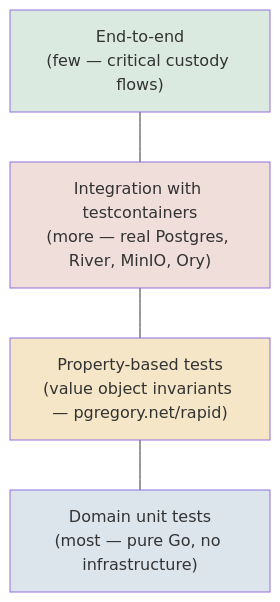
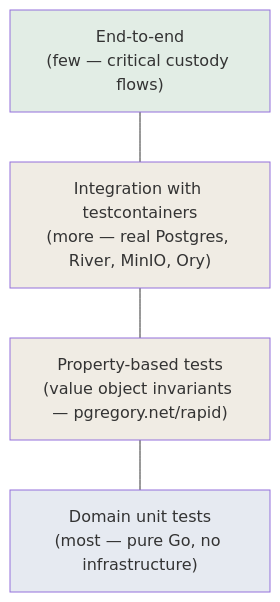
Diagram 11 of 17 in METHOD.md (nlawstudio/ai-refinement-method), drawn with Mermaid before and after one commit. The commit also changed other lines of this file and 4 other files, not shown here.

````diff
--- a/METHOD.md
+++ b/METHOD.md
@@ -667,16 +667,16 @@
 ```mermaid
 flowchart TB
     E2E["End-to-end<br/>(few — critical custody flows)"]
     INT["Integration with testcontainers<br/>(more — real Postgres, River, MinIO, Ory)"]
     PROP["Property-based tests<br/>(value object invariants — pgregory.net/rapid)"]
     UNIT["Domain unit tests<br/>(most — pure Go, no infrastructure)"]
 
     E2E --- INT
     INT --- PROP
     PROP --- UNIT
 
-    style UNIT fill:#DCE4EC
-    style PROP fill:#F4E6C6
-    style INT fill:#EFDED9
-    style E2E fill:#DBEAE1
+    style UNIT fill:#E6EAF1
+    style PROP fill:#F0ECE4
+    style INT fill:#F0ECE4
+    style E2E fill:#E2EDE5
 ```
````
